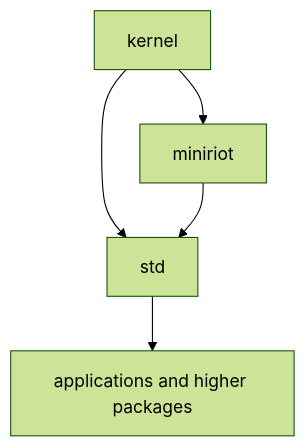
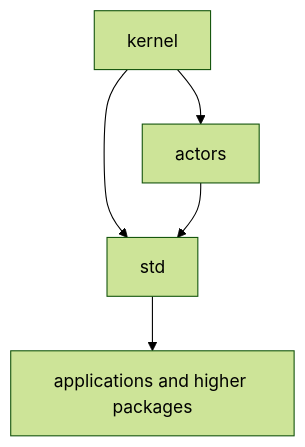
One commit to leostera/riot-lang changed the first of 4 diagrams in docs/rfds/RFD0005-kernel-and-std-snapshot.md. Above: the diagram before and after it, drawn with Mermaid (forest theme). The commit also changed other lines of this file and 1272 other files, not shown here.

````diff
--- a/docs/rfds/RFD0005-kernel-and-std-snapshot.md
+++ b/docs/rfds/RFD0005-kernel-and-std-snapshot.md
@@ -49,7 +49,7 @@
 ```mermaid
 flowchart TD
-  A[kernel] --> B[miniriot]
+  A[kernel] --> B[actors]
   A --> C[std]
   B --> C
   C --> D[applications and higher packages]
 ```
````
